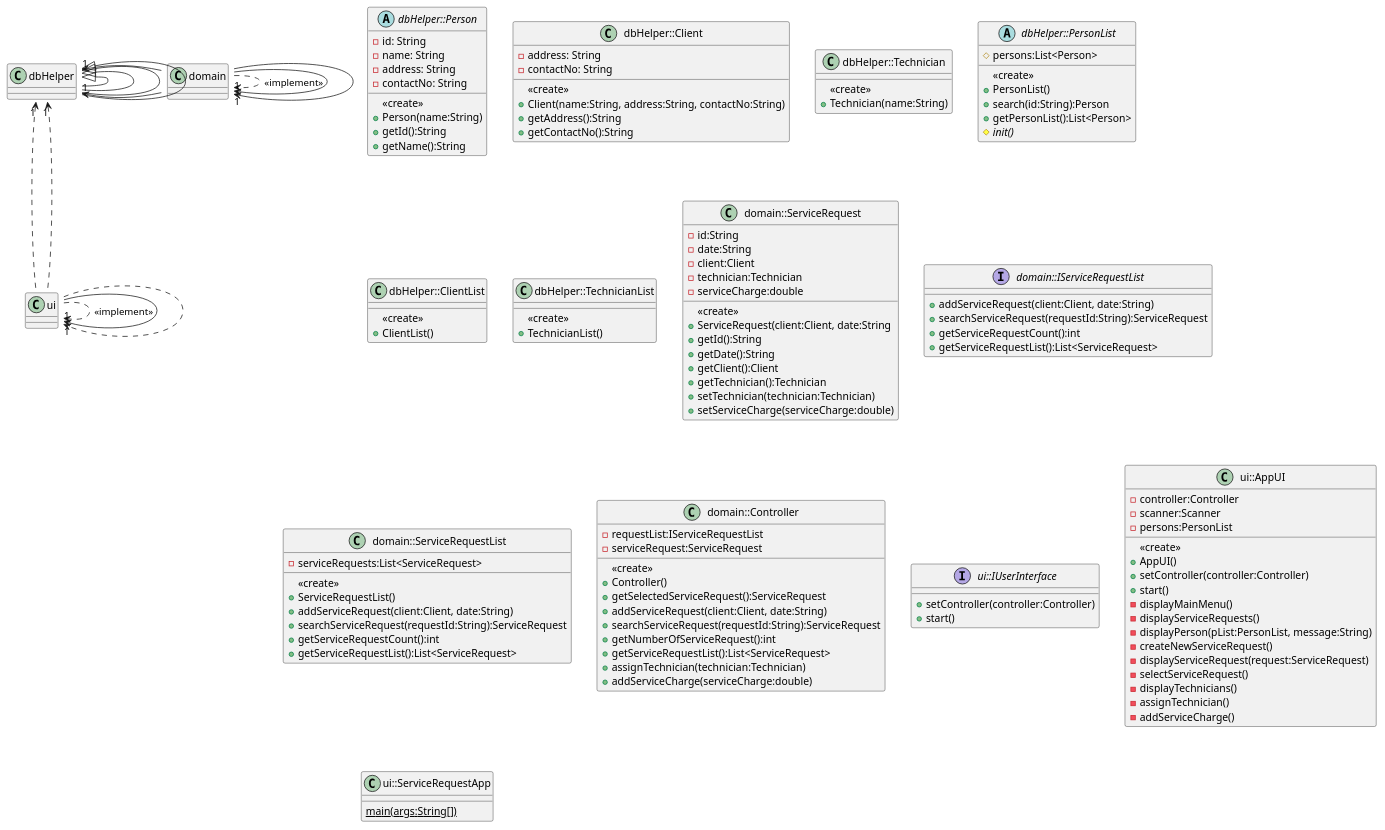
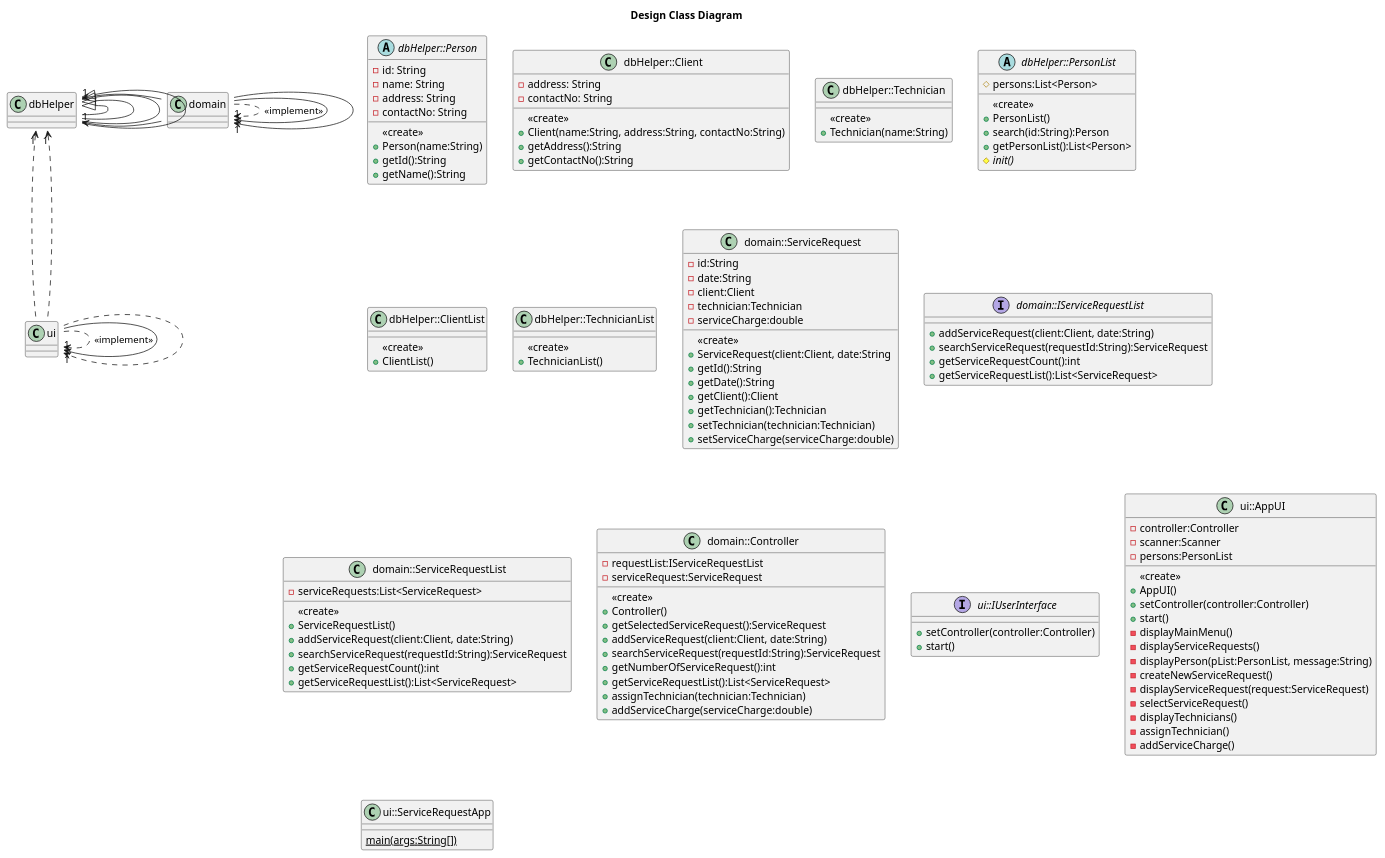
Before and after one commit to WLun001/service-request-app: the diagram in UML/ClassDiagram/DesignClassDiagram.puml, drawn with PlantUML. The commit also changed 4 other files, not shown here.

Commit message:
added title for each diagram

```diff
--- a/UML/ClassDiagram/DesignClassDiagram.puml
+++ b/UML/ClassDiagram/DesignClassDiagram.puml
@@ -1,141 +1,142 @@
 @startuml
+title Design Class Diagram
 dbHelper::Person <|-- dbHelper::Client
 dbHelper::Person <|-- dbHelper::Technician
 
 dbHelper::PersonList <|-- dbHelper::ClientList
 dbHelper::PersonList <|-- dbHelper::TechnicianList
 
 domain::ServiceRequest --> "1" dbHelper::Technician
 domain::ServiceRequest -left-> "1" dbHelper::Client
 
 domain::ServiceRequestList ..> domain::IServiceRequestList : <<implement>>
 
 domain::Controller --> "1" domain::ServiceRequest
 domain::Controller --> "1" domain::IServiceRequestList
 
 ui::AppUI .right.> ui::IUserInterface : <<implement>>
 ui::ServiceRequestApp --> "1" ui::IUserInterface
 ui::ServiceRequestApp .up.> "1" dbHelper::TechnicianList
 ui::ServiceRequestApp .up.> "1" dbHelper::ClientList
 ui::ServiceRequestApp ..> "1" ui::AppUI
 
 abstract class dbHelper::Person{
  -id: String
  -name: String
  -address: String
  -contactNo: String
  {method}<<create>>
  +Person(name:String)
  +getId():String
  +getName():String
 }
 
 class dbHelper::Client{
  -address: String
  -contactNo: String
  {method}<<create>>
  +Client(name:String, address:String, contactNo:String)
  +getAddress():String
  +getContactNo():String
 }
 
 class dbHelper::Technician{
  {method}<<create>>
  +Technician(name:String)
 }
 
 abstract class dbHelper::PersonList{
  #persons:List<Person>
  {method}<<create>>
  +PersonList()
  +search(id:String):Person
  +getPersonList():List<Person>
  #{abstract}init()
 }
 
 class dbHelper::ClientList{
  {method}<<create>>
  +ClientList()
 }
 
 class dbHelper::TechnicianList{
  {method}<<create>>
  +TechnicianList()
 }
 
 class domain::ServiceRequest{
  -id:String
  -date:String
  -client:Client
  -technician:Technician
  -serviceCharge:double
  {method}<<create>>
  +ServiceRequest(client:Client, date:String
  +getId():String
  +getDate():String
  +getClient():Client
  +getTechnician():Technician
  +setTechnician(technician:Technician)
  +setServiceCharge(serviceCharge:double)
 }
 
 interface domain::IServiceRequestList{
 +addServiceRequest(client:Client, date:String)
 +searchServiceRequest(requestId:String):ServiceRequest
 +getServiceRequestCount():int
 +getServiceRequestList():List<ServiceRequest>
 }
 
 
 class domain::ServiceRequestList{
  -serviceRequests:List<ServiceRequest>
  {method}<<create>>
  +ServiceRequestList()
  +addServiceRequest(client:Client, date:String)
  +searchServiceRequest(requestId:String):ServiceRequest
  +getServiceRequestCount():int
  +getServiceRequestList():List<ServiceRequest>
 }
 
 class domain::Controller{
  -requestList:IServiceRequestList
  -serviceRequest:ServiceRequest
  {method}<<create>>
  +Controller()
  +getSelectedServiceRequest():ServiceRequest
  +addServiceRequest(client:Client, date:String)
  +searchServiceRequest(requestId:String):ServiceRequest
  +getNumberOfServiceRequest():int
  +getServiceRequestList():List<ServiceRequest>
  +assignTechnician(technician:Technician)
  +addServiceCharge(serviceCharge:double)
 }
 
 interface ui::IUserInterface{
  +setController(controller:Controller)
  +start()
 }
 
 class ui::AppUI{
  -controller:Controller
  -scanner:Scanner
  -persons:PersonList
  {method}<<create>>
  +AppUI()
  +setController(controller:Controller)
  +start()
  -displayMainMenu()
  -displayServiceRequests()
  -displayPerson(pList:PersonList, message:String)
  -createNewServiceRequest()
  -displayServiceRequest(request:ServiceRequest)
  -selectServiceRequest()
  -displayTechnicians()
  -assignTechnician()
  -addServiceCharge()
 }
 
 class ui::ServiceRequestApp{
  {static} main(args:String[])
 }
 @enduml
```
